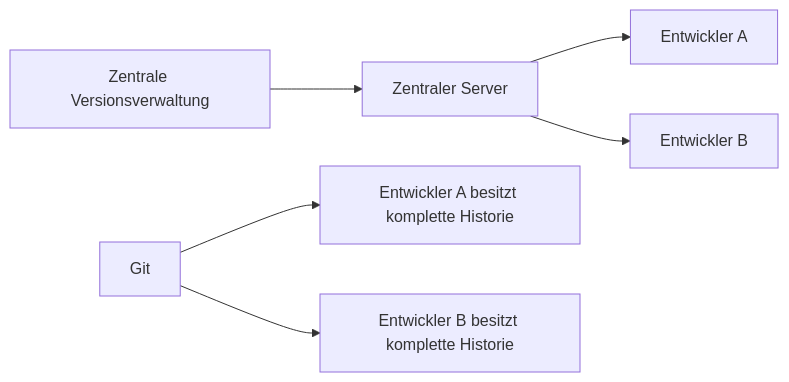
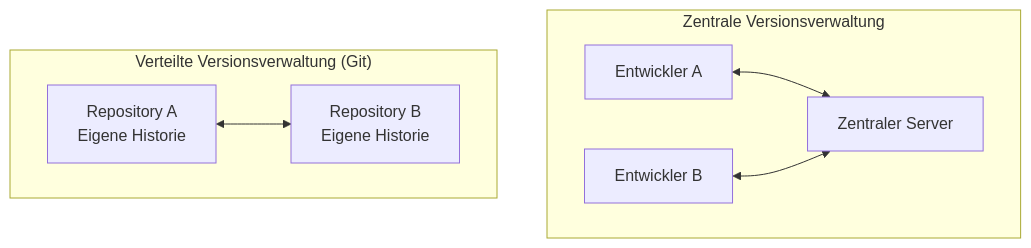
One commit to Post155/Git-Schulung changed the first of 21 diagrams in README.md. Above: the diagram before and after it, drawn with Mermaid. The commit also changed other lines of this file, not shown here.

````diff
--- a/README.md
+++ b/README.md
@@ -34,12 +35,16 @@
 ```mermaid
-flowchart LR
+flowchart TD
+    subgraph Central["Zentrale Versionsverwaltung"]
+        A["Zentraler Server"]
+        B["Entwickler A"]
+        C["Entwickler B"]
+        B <--> A
+        C <--> A
+    end
 
-    A[Zentrale Versionsverwaltung]
-    A --> B[Zentraler Server]
-    B --> C[Entwickler A]
-    B --> D[Entwickler B]
-
-    E[Git]
-    E --> F[Entwickler A besitzt komplette Historie]
-    E --> G[Entwickler B besitzt komplette Historie]
+    subgraph Distributed["Verteilte Versionsverwaltung (Git)"]
+        D["Repository A<br/>Eigene Historie"]
+        E["Repository B<br/>Eigene Historie"]
+        D <--> E
+    end
 ```
````
